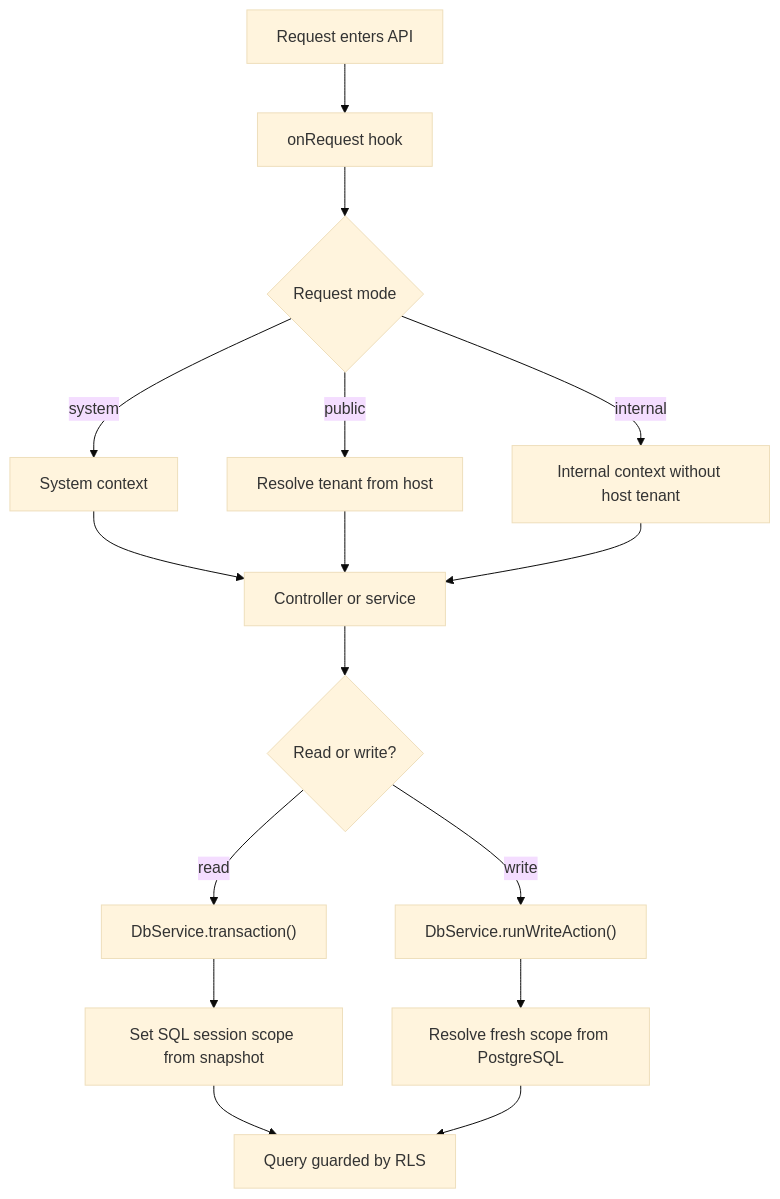
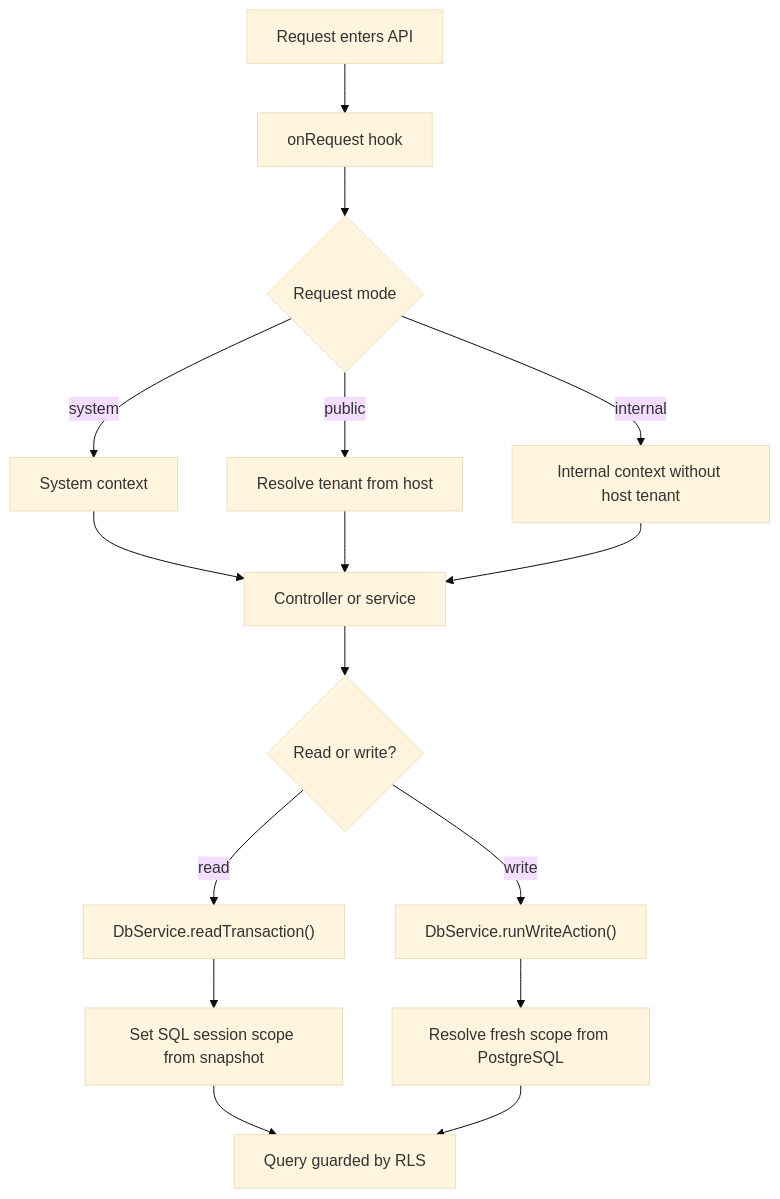
The diagram in docs/en/how-it-works.md (pgbounce/rentapp), drawn with Mermaid (base theme) before and after one commit. The commit also changed other lines of this file and 11 other files, not shown here.

````diff
--- a/docs/en/how-it-works.md
+++ b/docs/en/how-it-works.md
@@ -28,18 +28,18 @@
 ```mermaid
 flowchart TD
   A["Request enters API"] --> B["onRequest hook"]
   B --> C{"Request mode"}
   C -->|system| D["System context"]
   C -->|public| E["Resolve tenant from host"]
   C -->|internal| F["Internal context without host tenant"]
   D --> G["Controller or service"]
   E --> G
   F --> G
   G --> H{"Read or write?"}
-  H -->|read| I["DbService.transaction()"]
+  H -->|read| I["DbService.readTransaction()"]
   H -->|write| J["DbService.runWriteAction()"]
   I --> K["Set SQL session scope from snapshot"]
   J --> L["Resolve fresh scope from PostgreSQL"]
   K --> M["Query guarded by RLS"]
   L --> M
 ```
````
